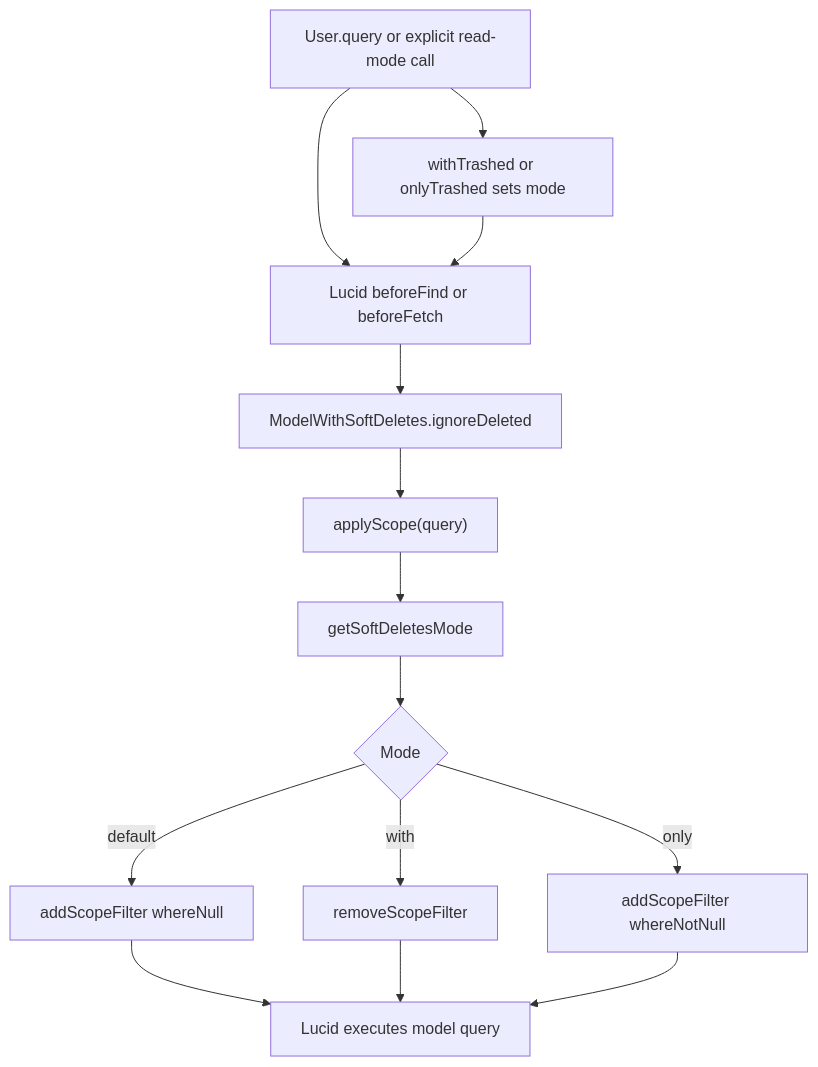
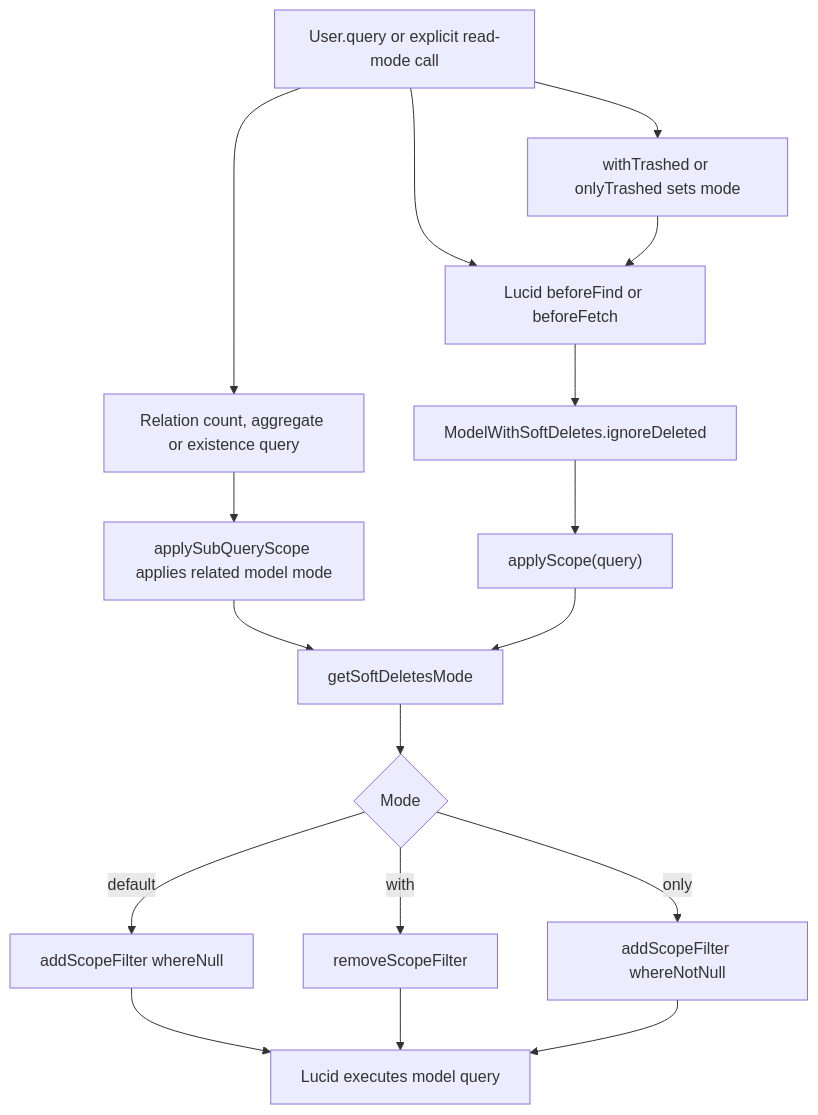
The second of 2 diagrams in user-stories/query-deleted-records/us-app-02-query-deleted-records.md (Kevinjohn/oss-adonisjs-lucid-soft-delete), drawn with Mermaid before and after one commit. The commit also changed other lines of this file and 3 other files, not shown here.

Commit message:
docs: correct catalogue behavior and recovery flows

````diff
--- a/user-stories/query-deleted-records/us-app-02-query-deleted-records.md
+++ b/user-stories/query-deleted-records/us-app-02-query-deleted-records.md
@@ -38,16 +38,19 @@
 ```mermaid
 flowchart TD
     A["User.query or explicit read-mode call"] --> B["withTrashed or onlyTrashed sets mode"]
     A --> C["Lucid beforeFind or beforeFetch"]
+    A --> R["Relation count, aggregate or existence query"]
+    R --> S["applySubQueryScope applies related model mode"]
+    S --> F
     B --> C
     C --> D["ModelWithSoftDeletes.ignoreDeleted"]
     D --> E["applyScope(query)"]
     E --> F["getSoftDeletesMode"]
     F --> G{"Mode"}
     G -->|default| H["addScopeFilter whereNull"]
     G -->|with| I["removeScopeFilter"]
     G -->|only| J["addScopeFilter whereNotNull"]
     H --> K["Lucid executes model query"]
     I --> K
     J --> K
 ```
````
